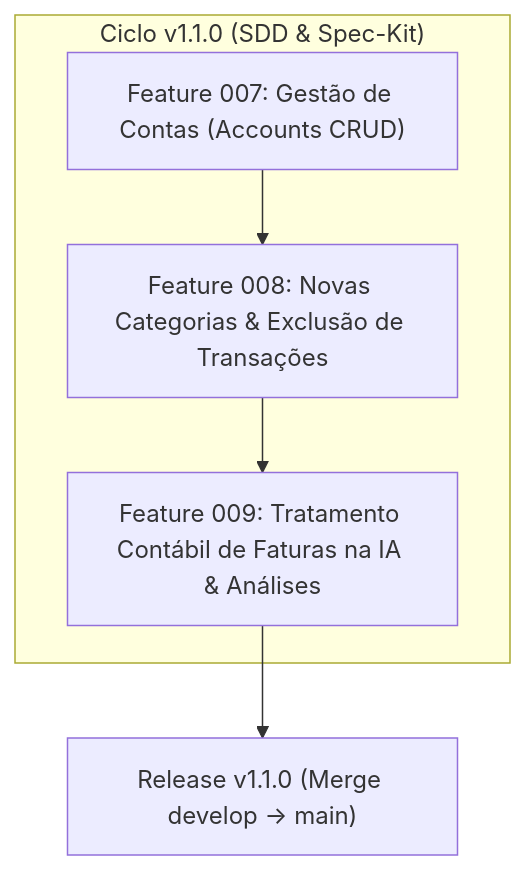
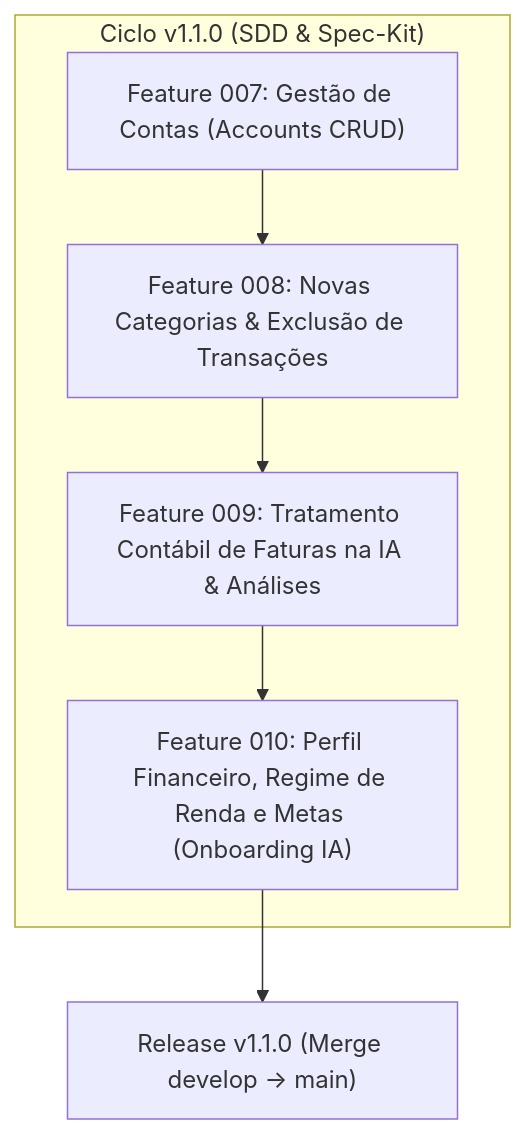
Before and after one commit to Projeto-TCC-Dash/projeto-backend-dashboard: the first of 2 diagrams in ROADMAP.md, drawn with Mermaid. The commit also changed other lines of this file, not shown here.

Commit message:
docs: add Feature 010 (User Financial Profile) to roadmap

````diff
--- a/ROADMAP.md
+++ b/ROADMAP.md
@@ -11,10 +11,11 @@
 ```mermaid
 flowchart TD
     subgraph v1.1.0 ["Ciclo v1.1.0 (SDD & Spec-Kit)"]
         F007["Feature 007: Gestão de Contas (Accounts CRUD)"]
         F008["Feature 008: Novas Categorias & Exclusão de Transações"]
         F009["Feature 009: Tratamento Contábil de Faturas na IA & Análises"]
+        F010["Feature 010: Perfil Financeiro, Regime de Renda e Metas (Onboarding IA)"]
     end
-    F007 --> F008 --> F009
-    F009 --> Release["Release v1.1.0 (Merge develop -> main)"]
+    F007 --> F008 --> F009 --> F010
+    F010 --> Release["Release v1.1.0 (Merge develop -> main)"]
 ```
````
